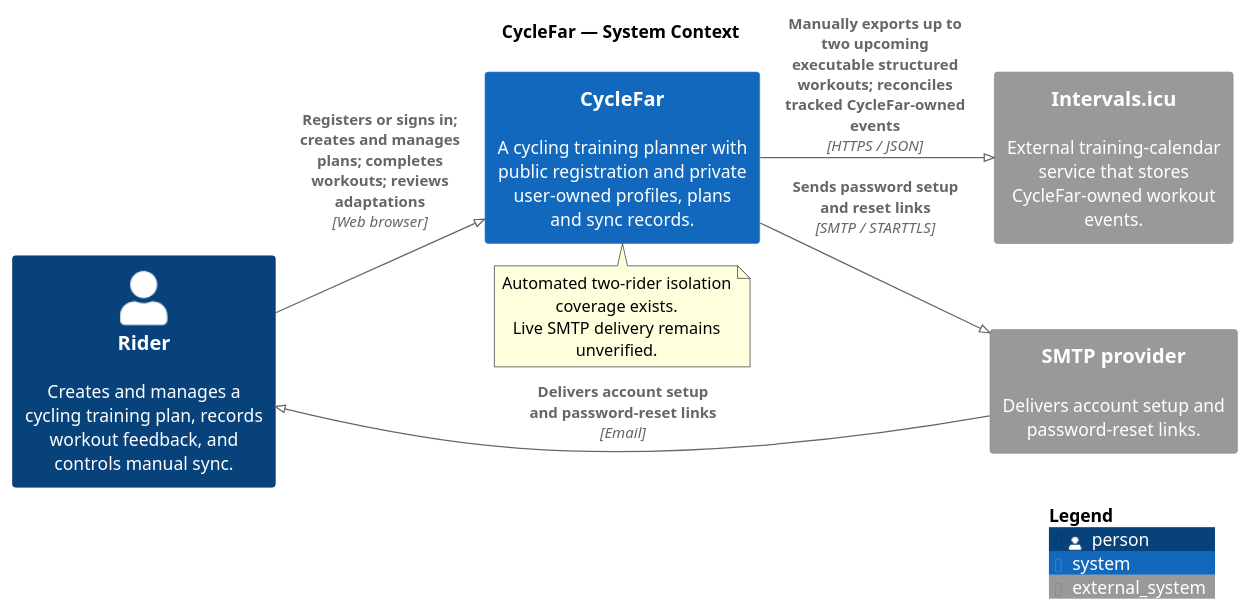
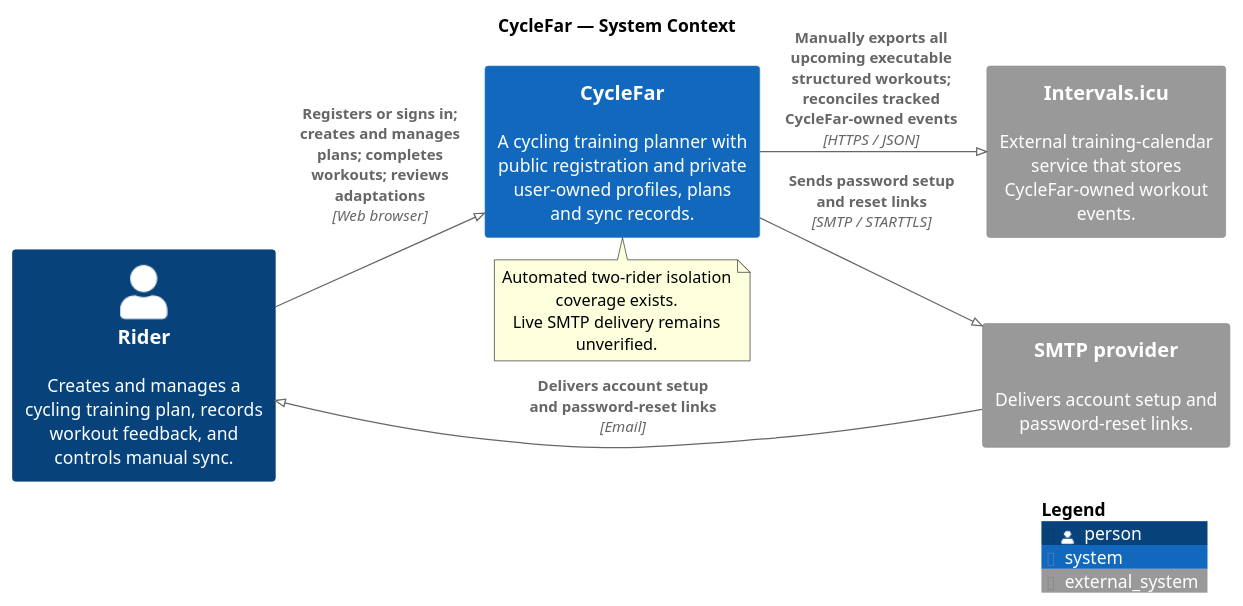
Before and after one commit to richardhartme/cyclefar: the diagram in docs/diagrams/context-cyclefar-system.puml, drawn with PlantUML. The commit also changed 26 other files, not shown here.

Commit message:
CYF-82 Sync all upcoming structured calendar workouts

```diff
--- a/docs/diagrams/context-cyclefar-system.puml
+++ b/docs/diagrams/context-cyclefar-system.puml
@@ -1,28 +1,28 @@
 @startuml
 !pragma layout smetana
 ' Scope and limitations: README.md
 !include https://raw.githubusercontent.com/plantuml-stdlib/C4-PlantUML/master/C4_Context.puml
 
 title CycleFar — System Context
 
 LAYOUT_LEFT_RIGHT()
 
 Person(rider, "Rider", "Creates and manages a cycling training plan, records workout feedback, and controls manual sync.")
 
 System(cyclefar, "CycleFar", "A cycling training planner with public registration and private user-owned profiles, plans and sync records.")
 
 System_Ext(intervals_icu, "Intervals.icu", "External training-calendar service that stores CycleFar-owned workout events.")
 System_Ext(smtp, "SMTP provider", "Delivers account setup and password-reset links.")
 
 Rel(rider, cyclefar, "Registers or signs in; creates and manages plans; completes workouts; reviews adaptations", "Web browser")
-Rel(cyclefar, intervals_icu, "Manually exports up to two upcoming executable structured workouts; reconciles tracked CycleFar-owned events", "HTTPS / JSON")
+Rel(cyclefar, intervals_icu, "Manually exports all upcoming executable structured workouts; reconciles tracked CycleFar-owned events", "HTTPS / JSON")
 Rel(cyclefar, smtp, "Sends password setup and reset links", "SMTP / STARTTLS")
 Rel(smtp, rider, "Delivers account setup and password-reset links", "Email")
 
 note bottom of cyclefar
   Automated two-rider isolation coverage exists.
   Live SMTP delivery remains unverified.
 end note
 
 SHOW_LEGEND()
 @enduml
```
